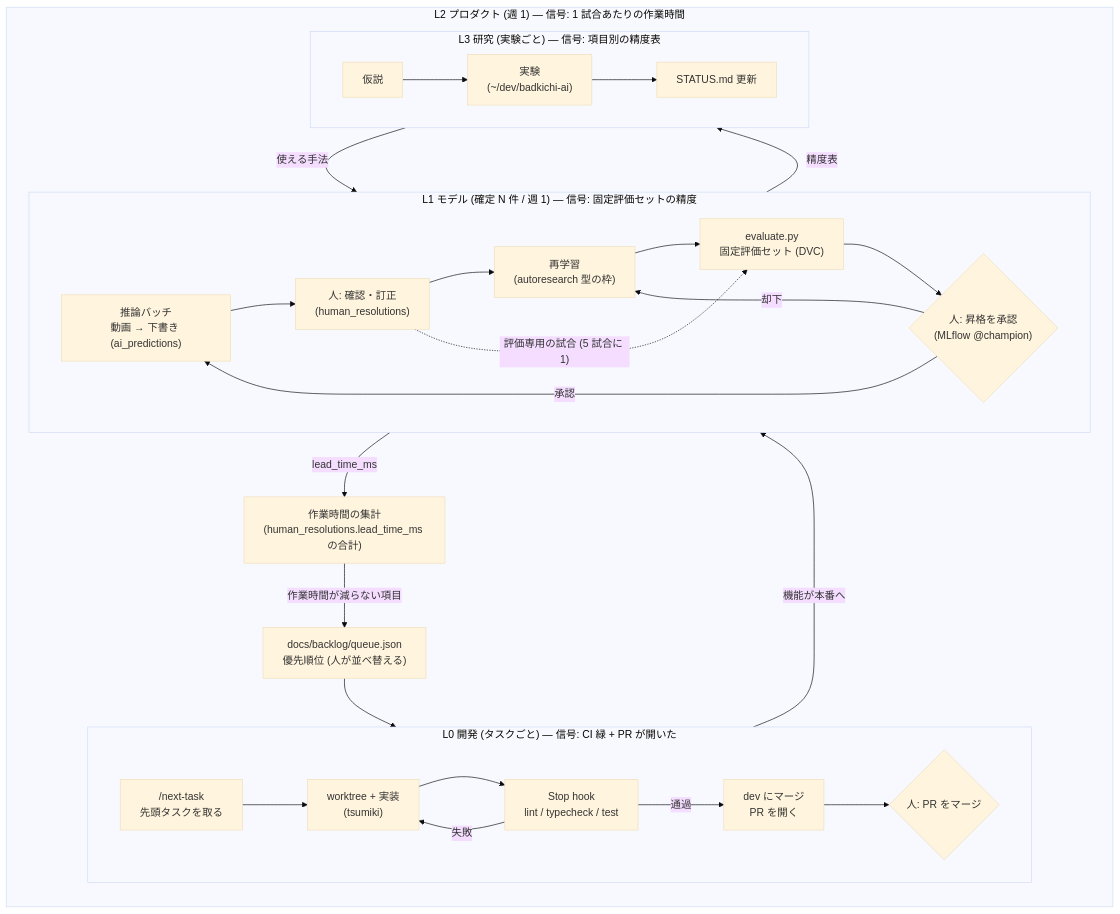
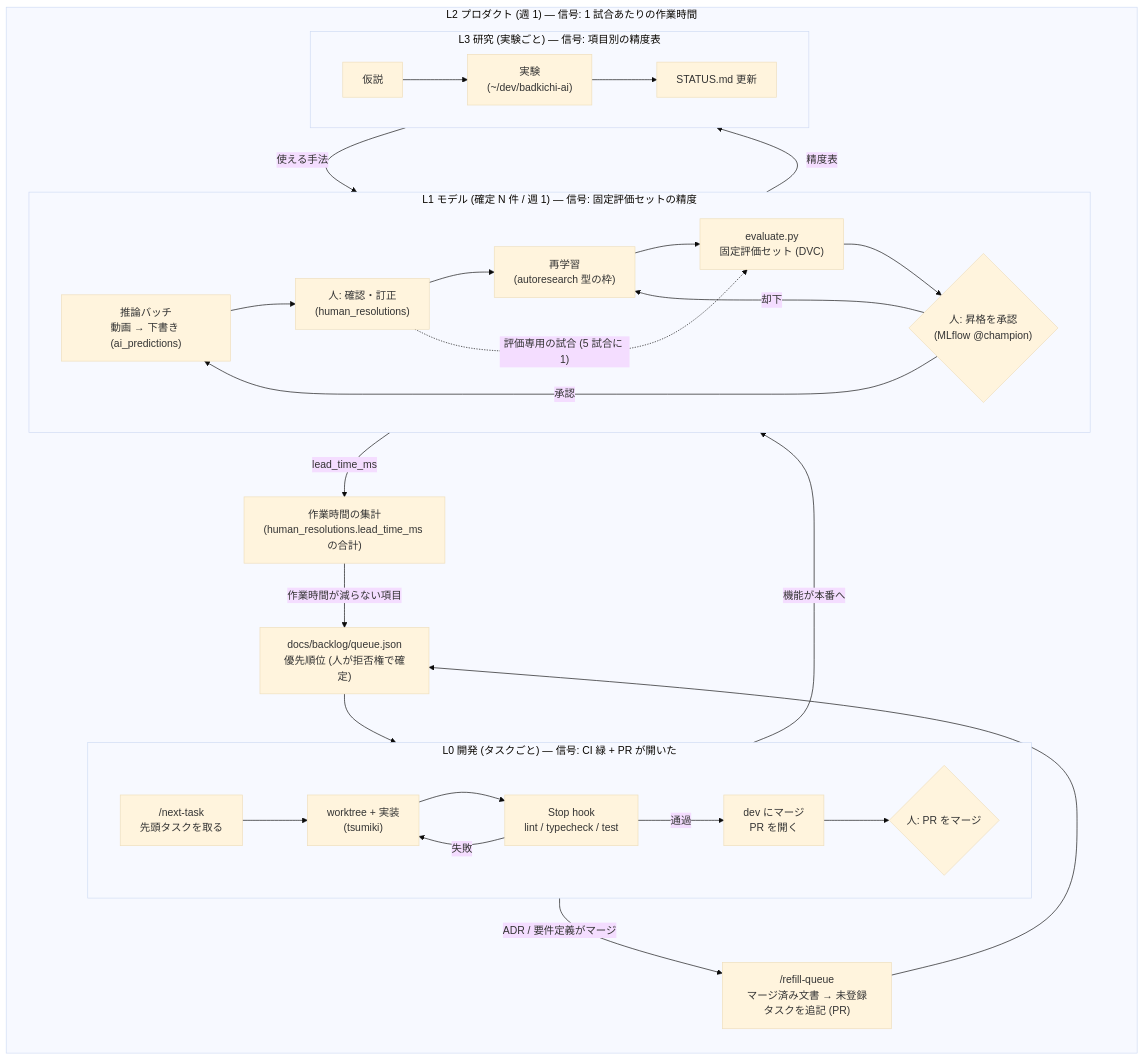
The diagram in docs/decisions/020-ai-first-input-and-loop-engineering.md (kotatsuwarming-blip/badkichi), drawn with Mermaid (base theme) before and after one commit. The commit also changed other lines of this file, not shown here.

First line of the commit message:
docs(adr): ADR-020 §4 に L2 の補充工程 (/refill-queue) と人が残る点の表を追加、§6 に動画受け取り機能を追記

````diff
--- a/docs/decisions/020-ai-first-input-and-loop-engineering.md
+++ b/docs/decisions/020-ai-first-input-and-loop-engineering.md
@@ -161,36 +161,39 @@
 ```mermaid
 flowchart TB
     subgraph L2["L2 プロダクト (週 1) — 信号: 1 試合あたりの作業時間"]
         direction TB
         T["作業時間の集計<br>(human_resolutions.lead_time_ms の合計)"]
-        Q["docs/backlog/queue.json<br>優先順位 (人が並べ替える)"]
+        R["/refill-queue<br>マージ済み文書 → 未登録タスクを追記 (PR)"]
+        Q["docs/backlog/queue.json<br>優先順位 (人が拒否権で確定)"]
+        R --> Q
         subgraph L0["L0 開発 (タスクごと) — 信号: CI 緑 + PR が開いた"]
             direction LR
             A["/next-task<br>先頭タスクを取る"] --> B["worktree + 実装<br>(tsumiki)"]
             B --> C["Stop hook<br>lint / typecheck / test"]
             C -- 失敗 --> B
             C -- 通過 --> D["dev にマージ<br>PR を開く"]
             D --> E{"人: PR をマージ"}
         end
         subgraph L1["L1 モデル (確定 N 件 / 週 1) — 信号: 固定評価セットの精度"]
             direction LR
             F["推論バッチ<br>動画 → 下書き (ai_predictions)"] --> G["人: 確認・訂正<br>(human_resolutions)"]
             G --> H["再学習<br>(autoresearch 型の枠)"]
             H --> I["evaluate.py<br>固定評価セット (DVC)"]
             I --> J{"人: 昇格を承認<br>(MLflow @champion)"}
             J -- 承認 --> F
             J -- 却下 --> H
         end
         subgraph L3["L3 研究 (実験ごと) — 信号: 項目別の精度表"]
             direction LR
             K["仮説"] --> L["実験<br>(~/dev/badkichi-ai)"] --> M["STATUS.md 更新"]
         end
     end
     E -- 機能が本番へ --> F
+    E -- ADR / 要件定義がマージ --> R
     G -- lead_time_ms --> T
     T -- 作業時間が減らない項目 --> Q
     Q --> A
     I -- 精度表 --> M
     M -- 使える手法 --> H
     G -. 評価専用の試合 (5 試合に 1) .-> I
 ```
````
